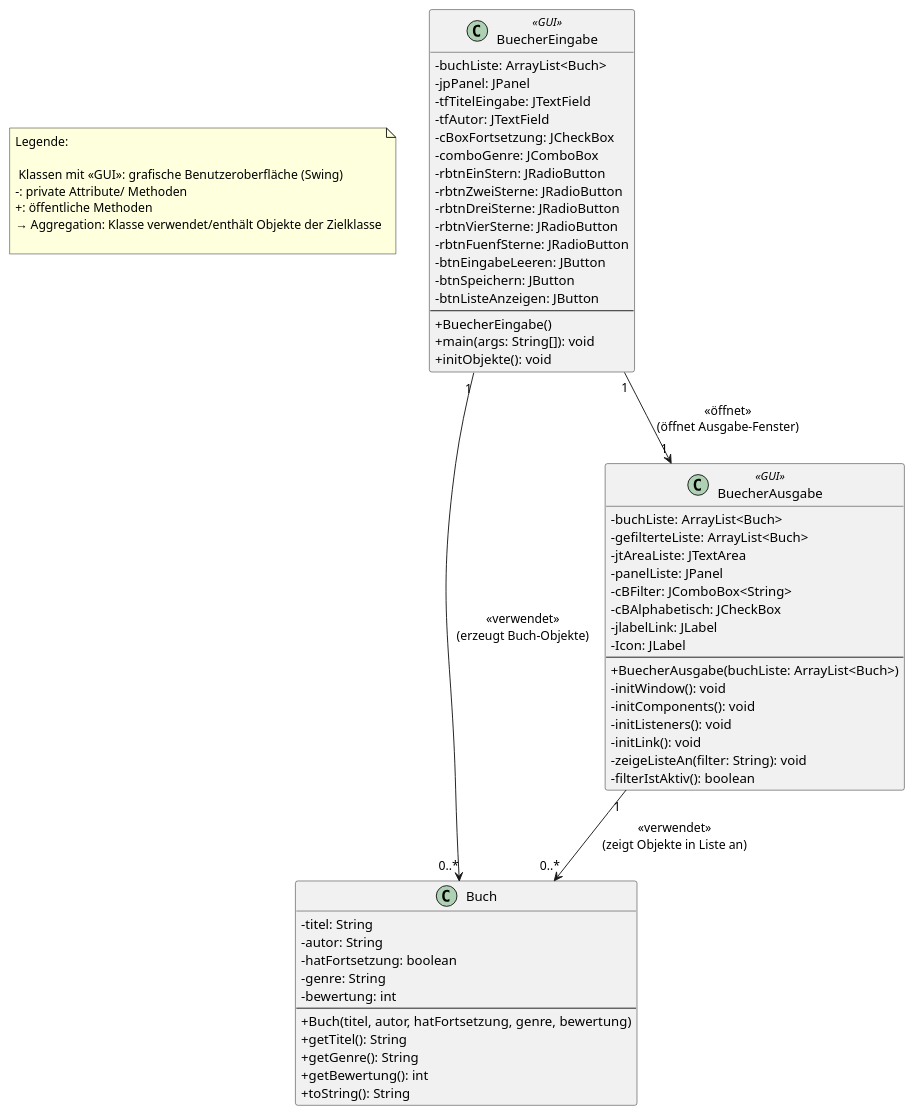
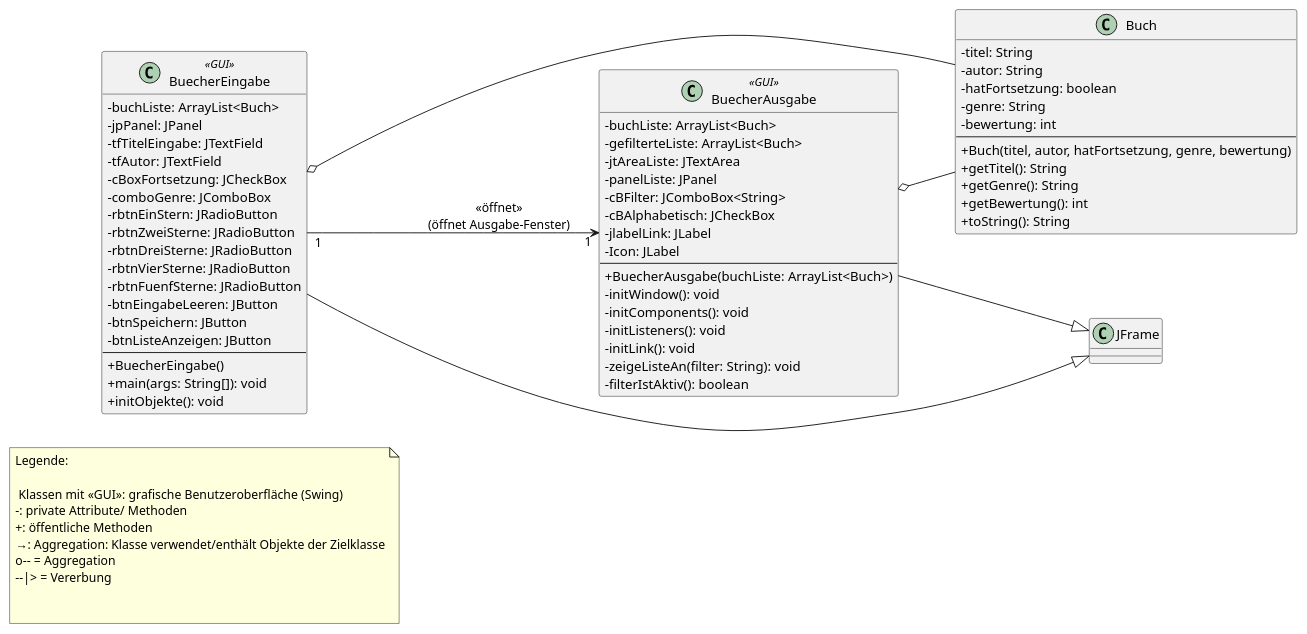
One commit to anikasophie/Booktopia_AnikaZoe changed the diagram in src/main/resources/UMLmitGUI.puml. Above: the diagram before and after it, drawn with PlantUML.

Commit message:
UML verbessert

```diff
--- a/src/main/resources/UMLmitGUI.puml
+++ b/src/main/resources/UMLmitGUI.puml
@@ -1,76 +1,87 @@
 @startuml
+left to right direction
+
 skinparam classAttributeIconSize 0
 
 ' Legende als Notiz
 note as L1
 Legende:
 
  Klassen mit «GUI»: grafische Benutzeroberfläche (Swing)
 -: private Attribute/ Methoden
 +: öffentliche Methoden
-→ Aggregation: Klasse verwendet/enthält Objekte der Zielklasse
+→: Aggregation: Klasse verwendet/enthält Objekte der Zielklasse
+o-- = Aggregation
+--|> = Vererbung
+
 
 end note
 
 class Buch {
   - titel: String
   - autor: String
   - hatFortsetzung: boolean
   - genre: String
   - bewertung: int
   --
   + Buch(titel, autor, hatFortsetzung, genre, bewertung)
   + getTitel(): String
   + getGenre(): String
   + getBewertung(): int
   + toString(): String
 }
 
 class BuecherEingabe <<GUI>> {
   - buchListe: ArrayList<Buch>
   - jpPanel: JPanel
   - tfTitelEingabe: JTextField
   - tfAutor: JTextField
   - cBoxFortsetzung: JCheckBox
   - comboGenre: JComboBox
   - rbtnEinStern: JRadioButton
   - rbtnZweiSterne: JRadioButton
   - rbtnDreiSterne: JRadioButton
   - rbtnVierSterne: JRadioButton
   - rbtnFuenfSterne: JRadioButton
   - btnEingabeLeeren: JButton
   - btnSpeichern: JButton
   - btnListeAnzeigen: JButton
   --
   + BuecherEingabe()
   + main(args: String[]): void
   + initObjekte(): void
 }
 
 class BuecherAusgabe <<GUI>> {
   - buchListe: ArrayList<Buch>
   - gefilterteListe: ArrayList<Buch>
   - jtAreaListe: JTextArea
   - panelListe: JPanel
   - cBFilter: JComboBox<String>
   - cBAlphabetisch: JCheckBox
   - jlabelLink: JLabel
   - Icon: JLabel
   --
   + BuecherAusgabe(buchListe: ArrayList<Buch>)
   - initWindow(): void
   - initComponents(): void
   - initListeners(): void
   - initLink(): void
   - zeigeListeAn(filter: String): void
   - filterIstAktiv(): boolean
 }
 
 ' Beziehungen
-BuecherEingabe "1" --> "0..*" Buch       : «verwendet»\n(erzeugt Buch-Objekte)
-BuecherAusgabe "1" --> "0..*" Buch       : «verwendet»\n(zeigt Objekte in Liste an)
+' Aggregationen (leerer Diamant)
+BuecherEingabe o-- Buch
+BuecherAusgabe o-- Buch
+
+' Vererbung von JFrame
+class JFrame
+BuecherEingabe --|> JFrame
+BuecherAusgabe --|> JFrame
 BuecherEingabe "1" --> "1" BuecherAusgabe : «öffnet»\n(öffnet Ausgabe-Fenster)
 
 
 
 @enduml
```
